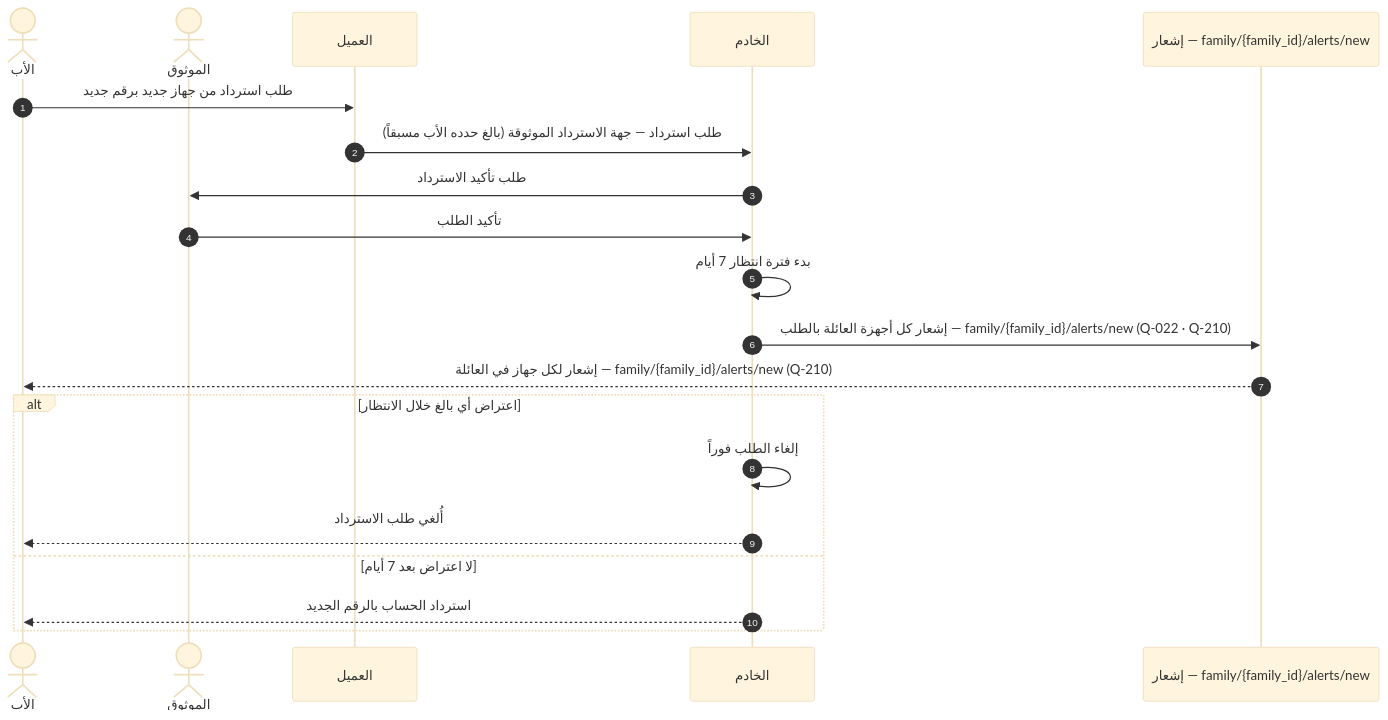
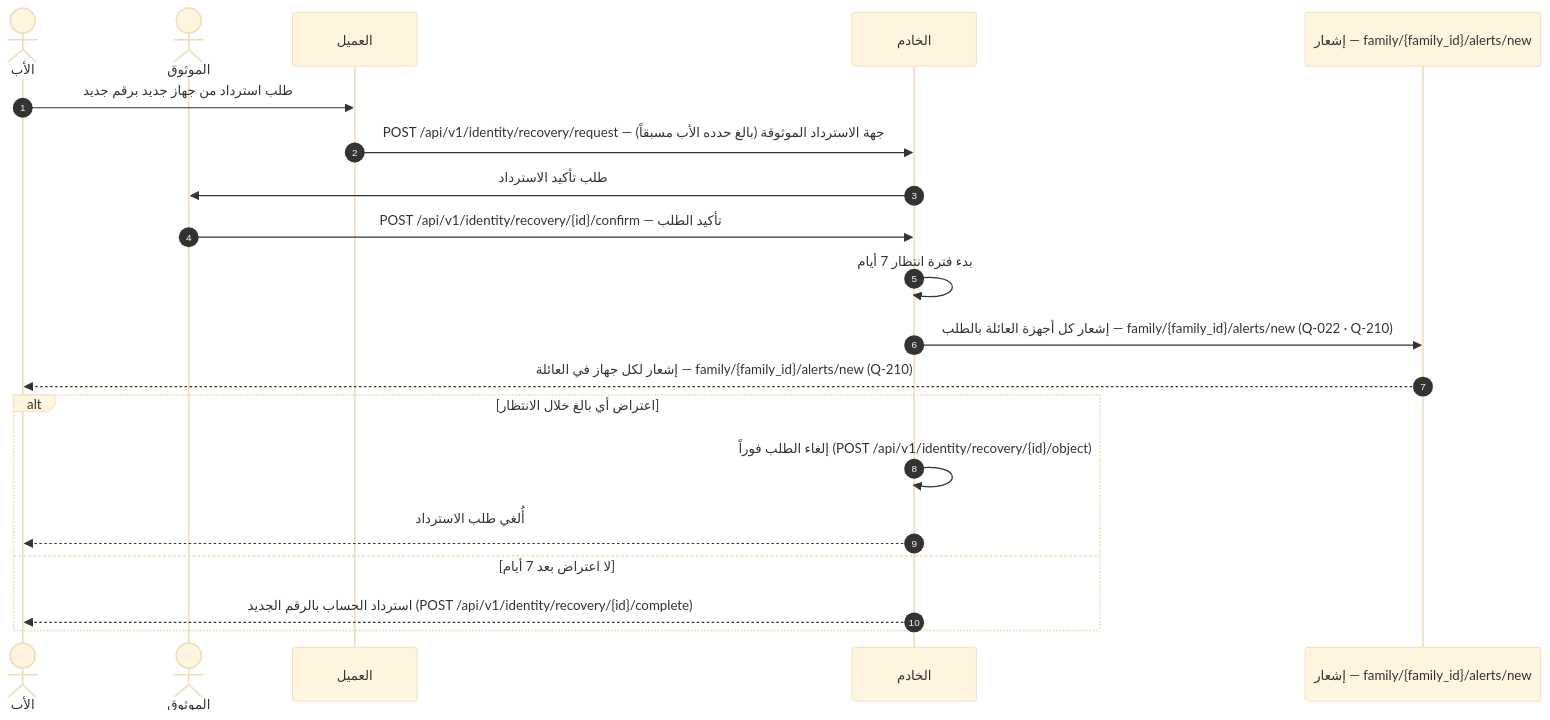
The eighth of 14 diagrams in docs/family-os/governance/phases/phase-1/S1-02-identity-and-onboarding/DIAGRAMS.md (Bassam-mohammed-alqaeadi/family-os-v2), drawn with Mermaid (base theme) before and after one commit. The commit also changed other lines of this file and 3 other files, not shown here.

````diff
--- a/docs/family-os/governance/phases/phase-1/S1-02-identity-and-onboarding/DIAGRAMS.md
+++ b/docs/family-os/governance/phases/phase-1/S1-02-identity-and-onboarding/DIAGRAMS.md
@@ -376,22 +403,22 @@
 ```mermaid
 sequenceDiagram
     autonumber
     actor Father as الأب
     actor Trusted as الموثوق
     participant Client as العميل
     participant Ktor as الخادم
     participant MQTT as إشعار — family/{family_id}/alerts/new
     Father->>Client: طلب استرداد من جهاز جديد برقم جديد
-    Client->>Ktor: طلب استرداد — جهة الاسترداد الموثوقة (بالغ حدده الأب مسبقاً)
+    Client->>Ktor: POST /api/v1/identity/recovery/request — جهة الاسترداد الموثوقة (بالغ حدده الأب مسبقاً)
     Ktor->>Trusted: طلب تأكيد الاسترداد
-    Trusted->>Ktor: تأكيد الطلب
+    Trusted->>Ktor: POST /api/v1/identity/recovery/{id}/confirm — تأكيد الطلب
     Ktor->>Ktor: بدء فترة انتظار 7 أيام
     Ktor->>MQTT: إشعار كل أجهزة العائلة بالطلب — family/{family_id}/alerts/new (Q-022 · Q-210)
     MQTT-->>Father: إشعار لكل جهاز في العائلة — family/{family_id}/alerts/new (Q-210)
     alt اعتراض أي بالغ خلال الانتظار
-        Ktor->>Ktor: إلغاء الطلب فوراً
+        Ktor->>Ktor: إلغاء الطلب فوراً (POST /api/v1/identity/recovery/{id}/object)
         Ktor-->>Father: أُلغي طلب الاسترداد
     else لا اعتراض بعد 7 أيام
-        Ktor-->>Father: استرداد الحساب بالرقم الجديد
+        Ktor-->>Father: استرداد الحساب بالرقم الجديد (POST /api/v1/identity/recovery/{id}/complete)
     end
 ```
````
